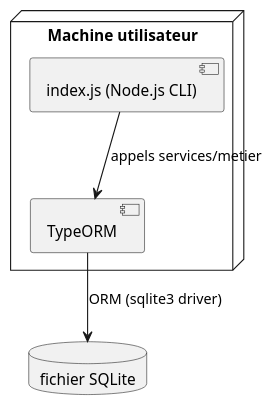
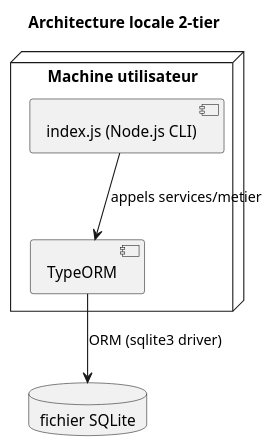
The diagram in docs/physical/local-architecture.puml (RaphaelMailhiot/LOG430-labo), drawn with PlantUML before and after one commit. The commit also changed 10 other files, not shown here.

Commit message:
Add ADR doc and svg diagrams

```diff
--- a/docs/physical/local-architecture.puml
+++ b/docs/physical/local-architecture.puml
@@ -1,13 +1,15 @@
 @startuml
+
+title Architecture locale 2-tier
 
 node "Machine utilisateur" {
   component "index.js (Node.js CLI)"
   component "TypeORM"
 }
 
 database "fichier SQLite"
 
 "index.js (Node.js CLI)" --> "TypeORM" : appels services/metier
 "TypeORM" --> "fichier SQLite" : ORM (sqlite3 driver)
 
 @enduml
```
